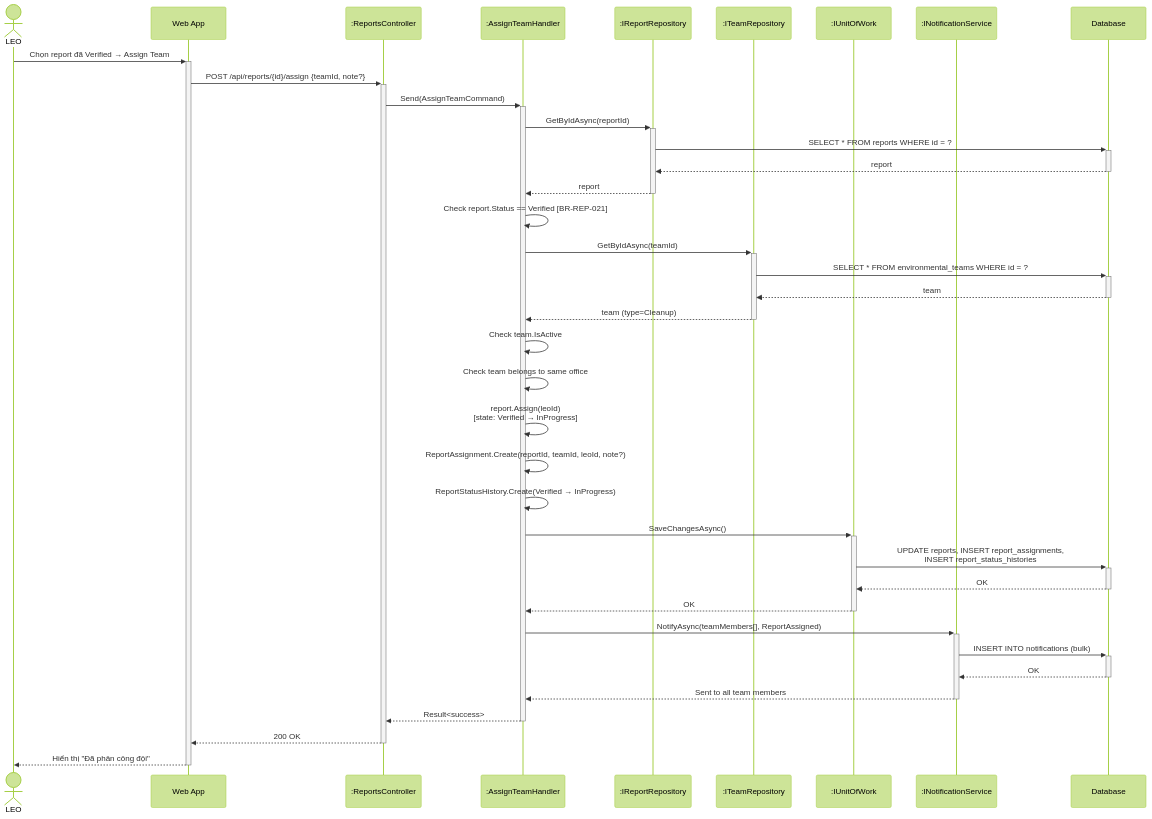
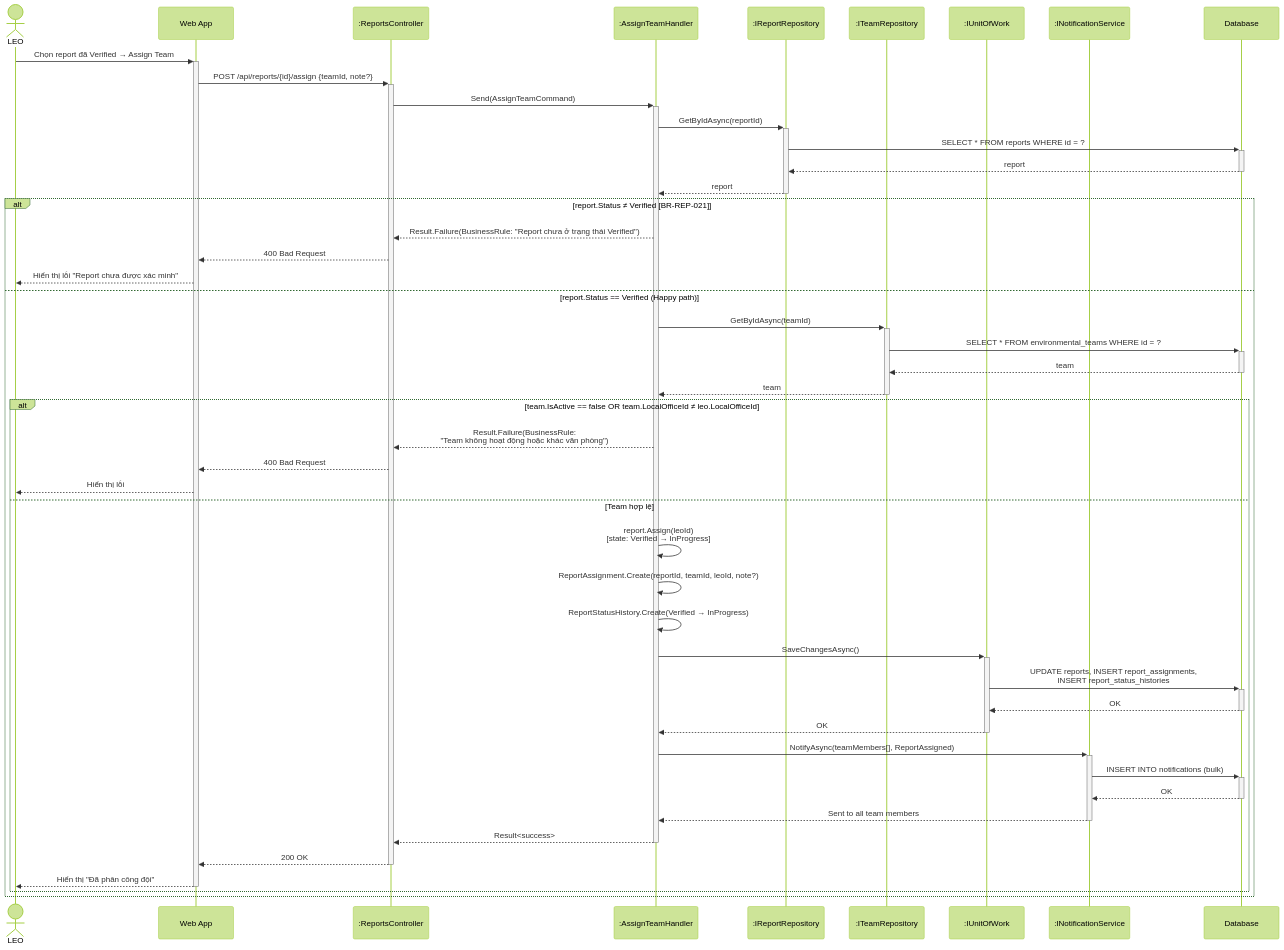
The seventh of 25 diagrams in docs/BusinessRule/SEQUENCE_DIAGRAMS.md (Capstonne-Project/greenlens-service), drawn with Mermaid (forest theme) before and after one commit. The commit also changed other lines of this file, not shown here.

Commit message:
fix(docs): enhance bad case for sequence diagram

````diff
--- a/docs/BusinessRule/SEQUENCE_DIAGRAMS.md
+++ b/docs/BusinessRule/SEQUENCE_DIAGRAMS.md
@@ -414,47 +421,56 @@
 ```mermaid
 sequenceDiagram
     actor LEO
     participant App as Web App
     participant Ctrl as :ReportsController
     participant Hdl as :AssignTeamHandler
     participant RptRepo as :IReportRepository
     participant TeamRepo as :ITeamRepository
     participant UoW as :IUnitOfWork
     participant Notif as :INotificationService
     participant DB as Database
 
     LEO->>+App: Chọn report đã Verified → Assign Team
     App->>+Ctrl: POST /api/reports/{id}/assign {teamId, note?}
     Ctrl->>+Hdl: Send(AssignTeamCommand)
 
     Hdl->>+RptRepo: GetByIdAsync(reportId)
     RptRepo->>+DB: SELECT * FROM reports WHERE id = ?
     DB-->>-RptRepo: report
     RptRepo-->>-Hdl: report
-    Hdl->>Hdl: Check report.Status == Verified [BR-REP-021]
 
-    Hdl->>+TeamRepo: GetByIdAsync(teamId)
-    TeamRepo->>+DB: SELECT * FROM environmental_teams WHERE id = ?
-    DB-->>-TeamRepo: team
-    TeamRepo-->>-Hdl: team (type=Cleanup)
-    Hdl->>Hdl: Check team.IsActive
-    Hdl->>Hdl: Check team belongs to same office
+    alt report.Status ≠ Verified [BR-REP-021]
+        Hdl-->>Ctrl: Result.Failure(BusinessRule: "Report chưa ở trạng thái Verified")
+        Ctrl-->>App: 400 Bad Request
+        App-->>LEO: Hiển thị lỗi "Report chưa được xác minh"
+    else report.Status == Verified (Happy path)
+        Hdl->>+TeamRepo: GetByIdAsync(teamId)
+        TeamRepo->>+DB: SELECT * FROM environmental_teams WHERE id = ?
+        DB-->>-TeamRepo: team
+        TeamRepo-->>-Hdl: team
 
-    Hdl->>Hdl: report.Assign(leoId)<br/>[state: Verified → InProgress]
-    Hdl->>Hdl: ReportAssignment.Create(reportId, teamId, leoId, note?)
-    Hdl->>Hdl: ReportStatusHistory.Create(Verified → InProgress)
+        alt team.IsActive == false OR team.LocalOfficeId ≠ leo.LocalOfficeId
+            Hdl-->>Ctrl: Result.Failure(BusinessRule:<br/>"Team không hoạt động hoặc khác văn phòng")
+            Ctrl-->>App: 400 Bad Request
+            App-->>LEO: Hiển thị lỗi
+        else Team hợp lệ
+            Hdl->>Hdl: report.Assign(leoId)<br/>[state: Verified → InProgress]
+            Hdl->>Hdl: ReportAssignment.Create(reportId, teamId, leoId, note?)
+            Hdl->>Hdl: ReportStatusHistory.Create(Verified → InProgress)
 
-    Hdl->>+UoW: SaveChangesAsync()
-    UoW->>+DB: UPDATE reports, INSERT report_assignments,<br/>INSERT report_status_histories
-    DB-->>-UoW: OK
-    UoW-->>-Hdl: OK
+            Hdl->>+UoW: SaveChangesAsync()
+            UoW->>+DB: UPDATE reports, INSERT report_assignments,<br/>INSERT report_status_histories
+            DB-->>-UoW: OK
+            UoW-->>-Hdl: OK
 
-    Hdl->>+Notif: NotifyAsync(teamMembers[], ReportAssigned)
-    Notif->>+DB: INSERT INTO notifications (bulk)
-    DB-->>-Notif: OK
-    Notif-->>-Hdl: Sent to all team members
+            Hdl->>+Notif: NotifyAsync(teamMembers[], ReportAssigned)
+            Notif->>+DB: INSERT INTO notifications (bulk)
+            DB-->>-Notif: OK
+            Notif-->>-Hdl: Sent to all team members
 
-    Hdl-->>-Ctrl: Result<success>
-    Ctrl-->>-App: 200 OK
-    App-->>-LEO: Hiển thị "Đã phân công đội"
+            Hdl-->>-Ctrl: Result<success>
+            Ctrl-->>-App: 200 OK
+            App-->>-LEO: Hiển thị "Đã phân công đội"
+        end
+    end
 ```
````
